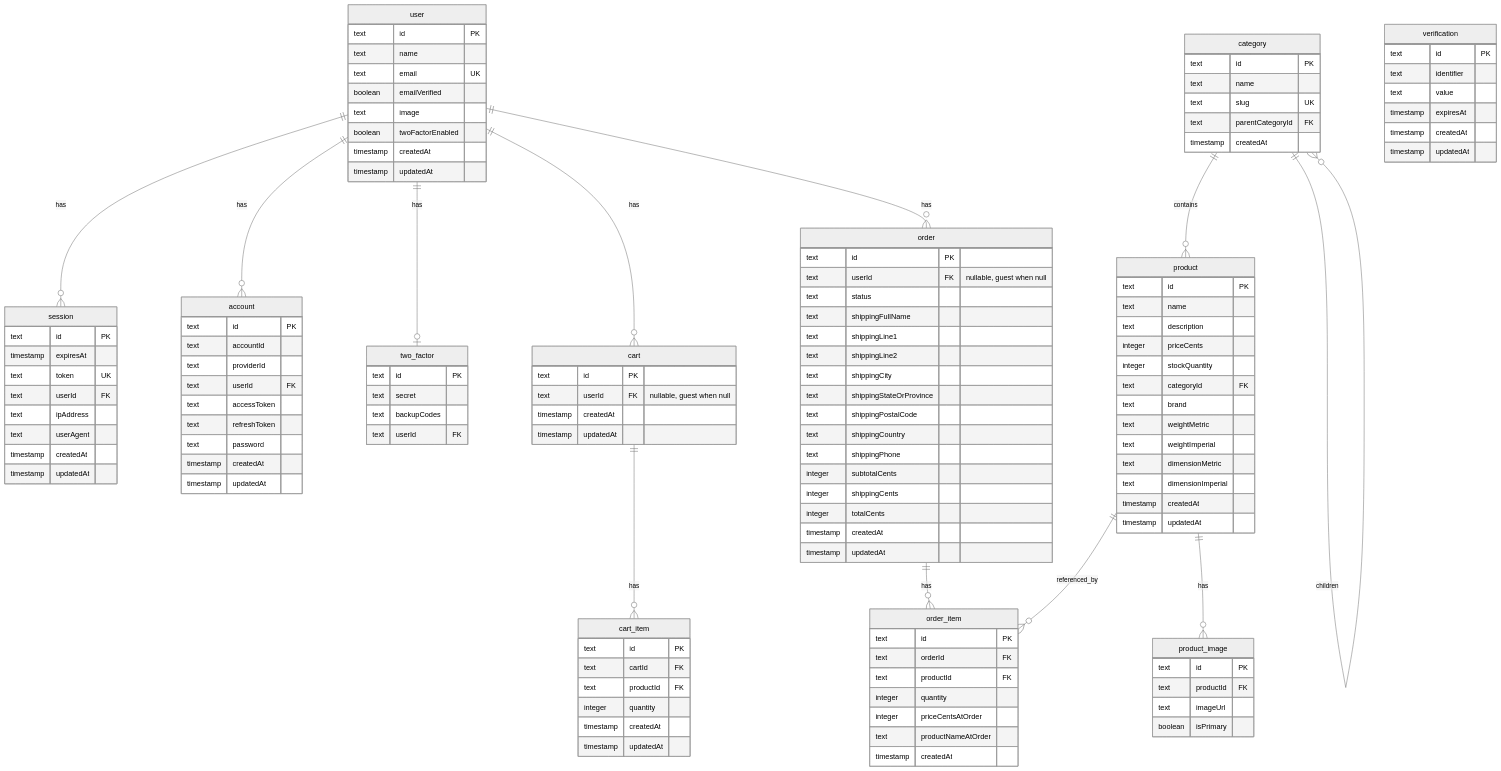
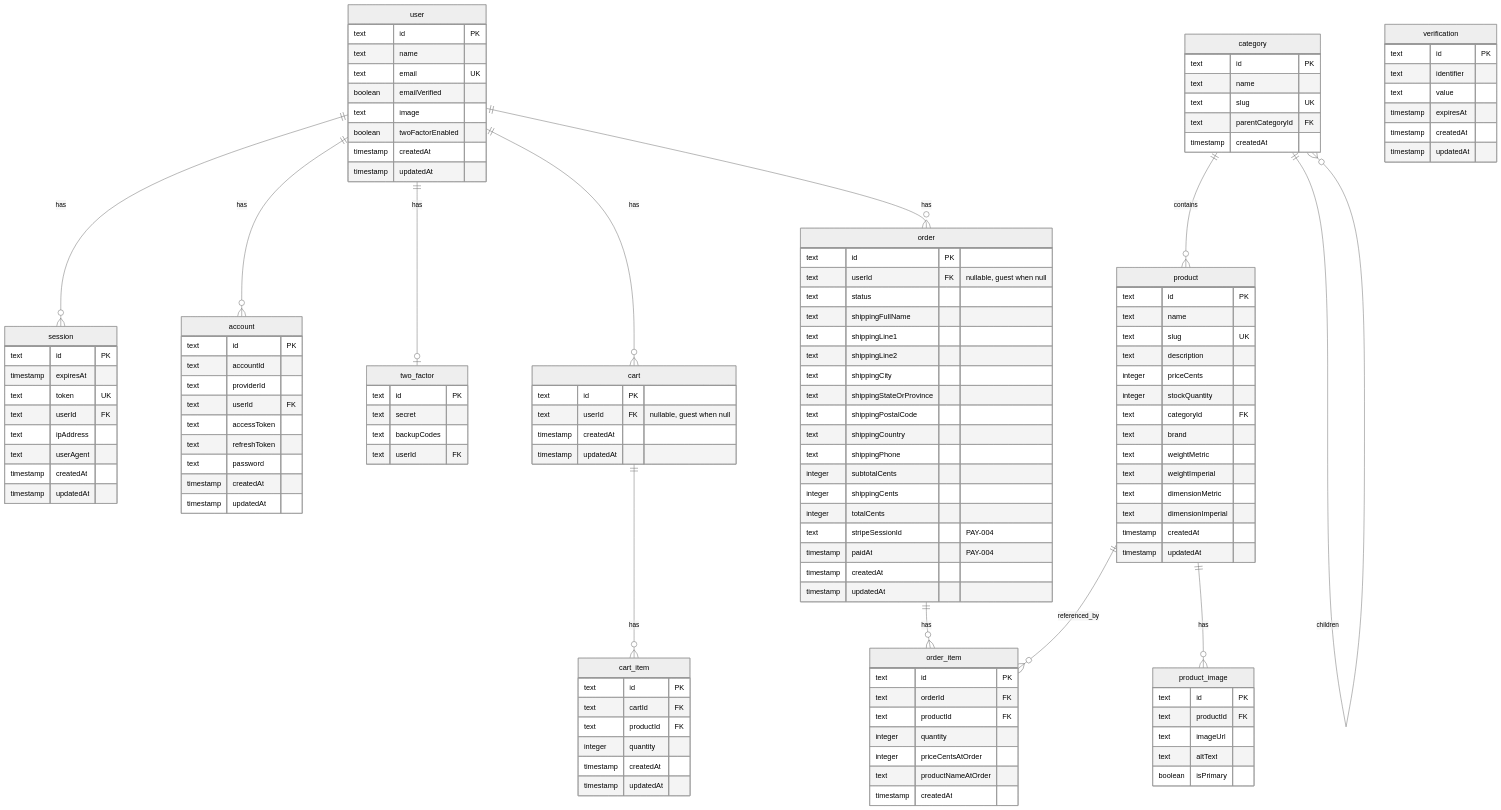
One commit to MarkoMProg/ecommerence changed the diagram in docs/ERD.md. Above: the diagram before and after it, drawn with Mermaid (neutral theme). The commit also changed 39 other files, not shown here.

```diff
--- a/docs/ERD.md
+++ b/docs/ERD.md
@@ -84,6 +84,7 @@
     product {
         text id PK
         text name
+        text slug UK
         text description
         integer priceCents
         integer stockQuantity
@@ -101,6 +102,7 @@
         text id PK
         text productId FK
         text imageUrl
+        text altText
         boolean isPrimary
     }
     
@@ -135,6 +137,8 @@
         integer subtotalCents
         integer shippingCents
         integer totalCents
+        text stripeSessionId "PAY-004"
+        timestamp paidAt "PAY-004"
         timestamp createdAt
         timestamp updatedAt
     }
```
